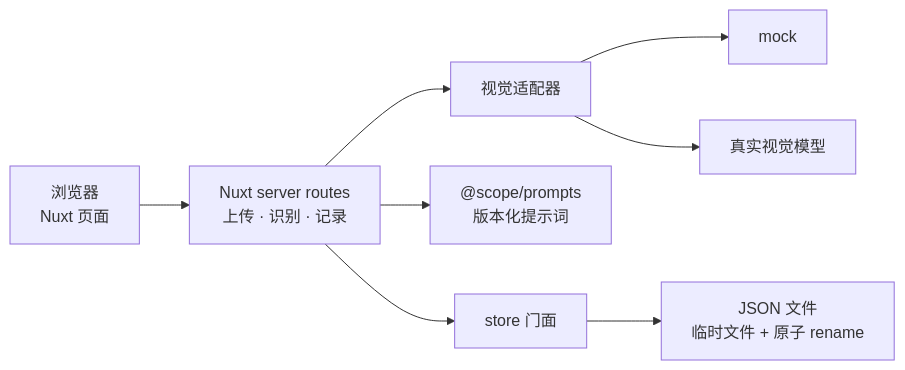
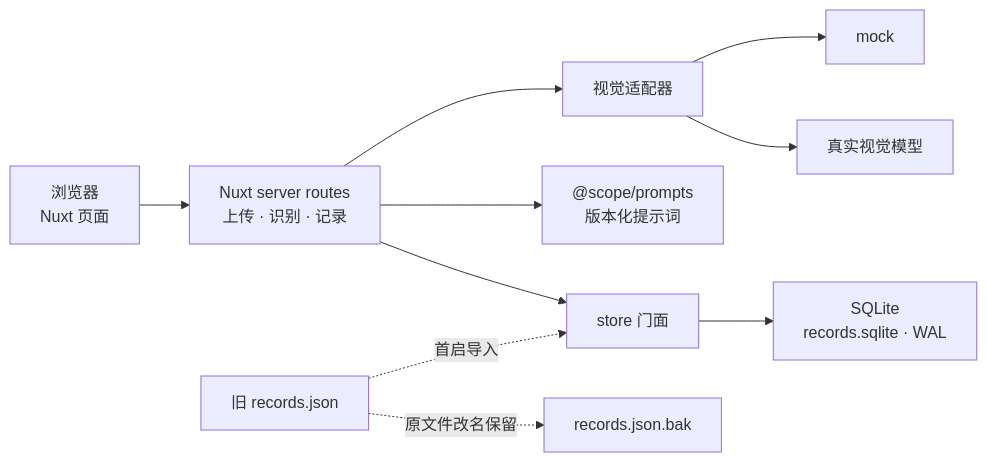
The diagram in README.md (zefra123/snap2sku), drawn with Mermaid before and after one commit. The commit also changed other lines of this file and 15 other files, not shown here.

````diff
--- a/README.md
+++ b/README.md
@@ -43,10 +45,12 @@
 ```mermaid
 flowchart LR
   Browser["浏览器<br/>Nuxt 页面"] --> Routes["Nuxt server routes<br/>上传 · 识别 · 记录"]
   Routes --> Vision[视觉适配器]
   Vision --> Mock[mock]
   Vision --> Model[真实视觉模型]
   Routes --> Prompts["@scope/prompts<br/>版本化提示词"]
   Routes --> Store[store 门面]
-  Store --> Atomic["JSON 文件<br/>临时文件 + 原子 rename"]
+  Store --> SQLite["SQLite<br/>records.sqlite · WAL"]
+  Legacy["旧 records.json"] -. 首启导入 .-> Store
+  Legacy -. 原文件改名保留 .-> Backup["records.json.bak"]
 ```
````
